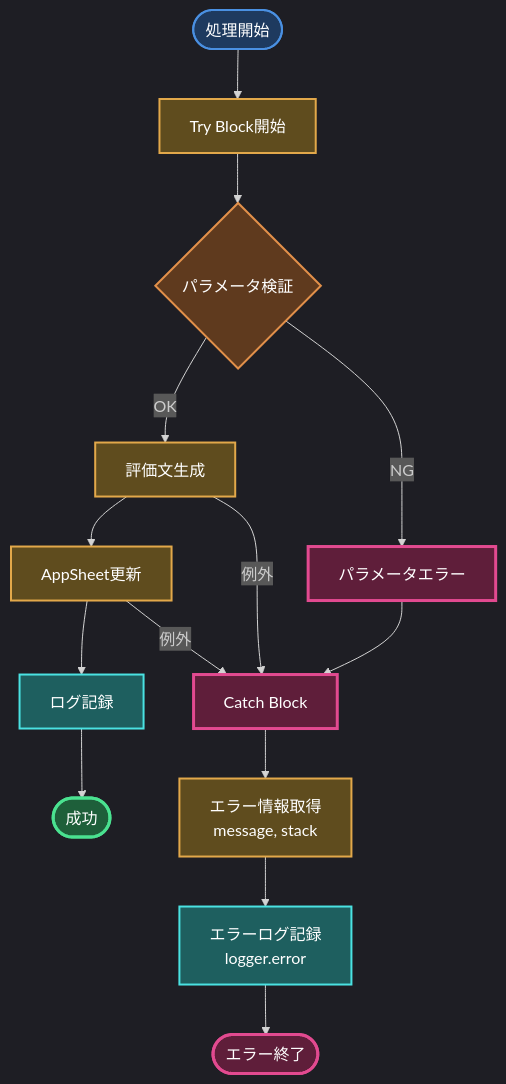
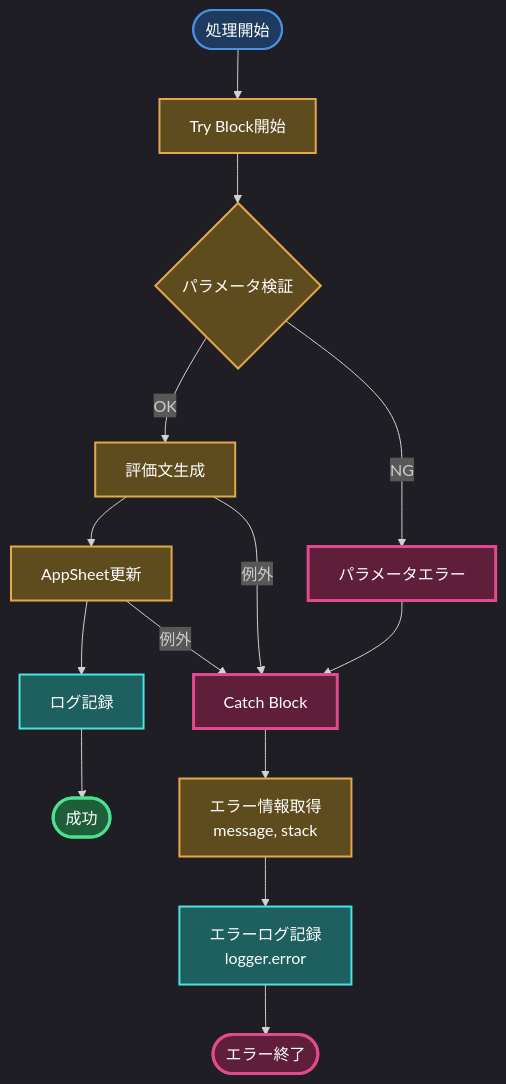
The fifth of 10 diagrams in gas_projects/projects/nursing/Appsheet_訪問看護_計画書問題点_評価/FLOW.md (tasai-lab/appsheet-gas-automation), drawn with Mermaid before and after one commit. The commit also changed other lines of this file and 15 other files, not shown here.

First line of the commit message:
docs: FLOW.mdにダークモード対応配色を適用 - 全15プロジェクト完了

````diff
--- a/gas_projects/projects/nursing/Appsheet_訪問看護_計画書問題点_評価/FLOW.md
+++ b/gas_projects/projects/nursing/Appsheet_訪問看護_計画書問題点_評価/FLOW.md
@@ -170,31 +170,31 @@
 ```mermaid
 %%{init: {'theme':'dark'}}%%
 graph TB
     Start([処理開始]):::start --> Try[Try Block開始]:::process
 
     Try --> Validate{パラメータ検証}:::decision
 
     Validate -->|OK| Generate[評価文生成]:::process
     Validate -->|NG| ParamError[パラメータエラー]:::error
 
     Generate --> Update[AppSheet更新]:::process
 
     Update --> Log[ログ記録]:::log
     Log --> Success([成功]):::success
 
     Generate -->|例外| Catch[Catch Block]:::error
     Update -->|例外| Catch
 
     Catch --> ErrorInfo[エラー情報取得<br/>message, stack]:::process
     ErrorInfo --> ErrorLog[エラーログ記録<br/>logger.error]:::log
     ErrorLog --> ErrorEnd([エラー終了]):::error
 
     ParamError --> Catch
 
-    classDef start fill:#1e3a5f,stroke:#4a90e2,stroke-width:2px,color:#fff
-    classDef process fill:#5f4c1e,stroke:#e2a84a,stroke-width:2px,color:#fff
-    classDef decision fill:#5f3a1e,stroke:#e2904a,stroke-width:2px,color:#fff
-    classDef log fill:#1e5f5f,stroke:#4ae2e2,stroke-width:2px,color:#fff
-    classDef success fill:#1e5f3a,stroke:#4ae290,stroke-width:3px,color:#fff
-    classDef error fill:#5f1e3a,stroke:#e24a90,stroke-width:3px,color:#fff
+    classDef start fill:#1e3a5f,stroke:#4a90e2,stroke-width:2px,color:#ffffff
+    classDef process fill:#5f4c1e,stroke:#e2a84a,stroke-width:2px,color:#ffffff
+    classDef decision fill:#5f4c1e,stroke:#e2a84a,stroke-width:2px,color:#ffffff
+    classDef log fill:#1e5f5f,stroke:#4ae2e2,stroke-width:2px,color:#ffffff
+    classDef success fill:#1e5f3a,stroke:#4ae290,stroke-width:3px,color:#ffffff
+    classDef error fill:#5f1e3a,stroke:#e24a90,stroke-width:3px,color:#ffffff
 ```
````
